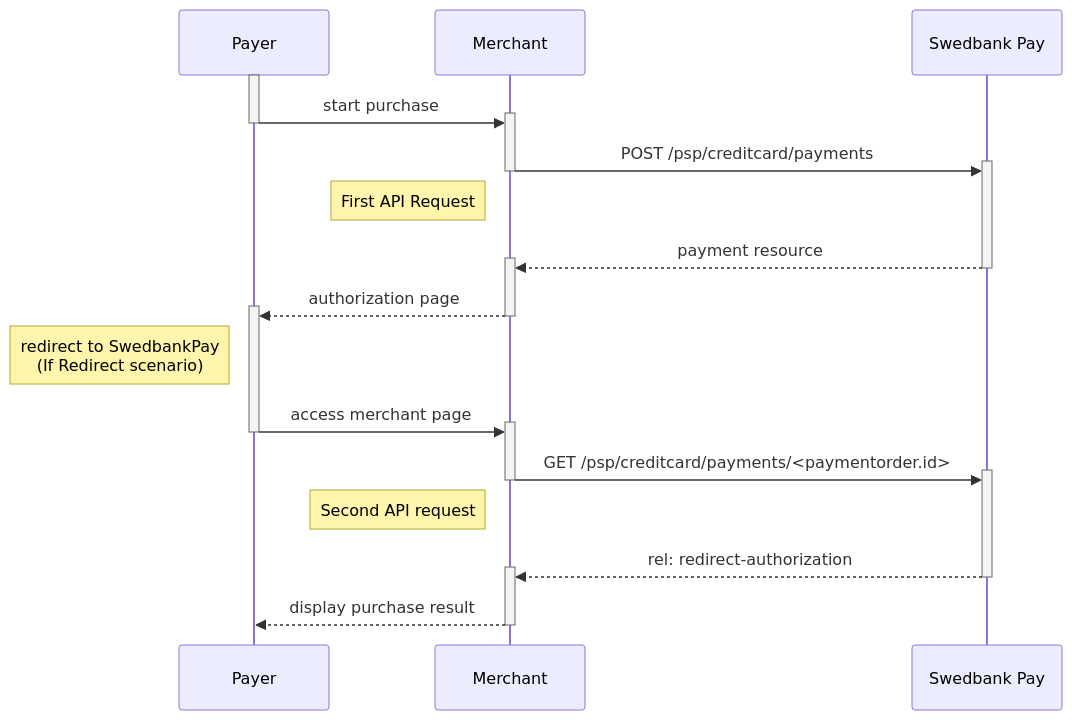
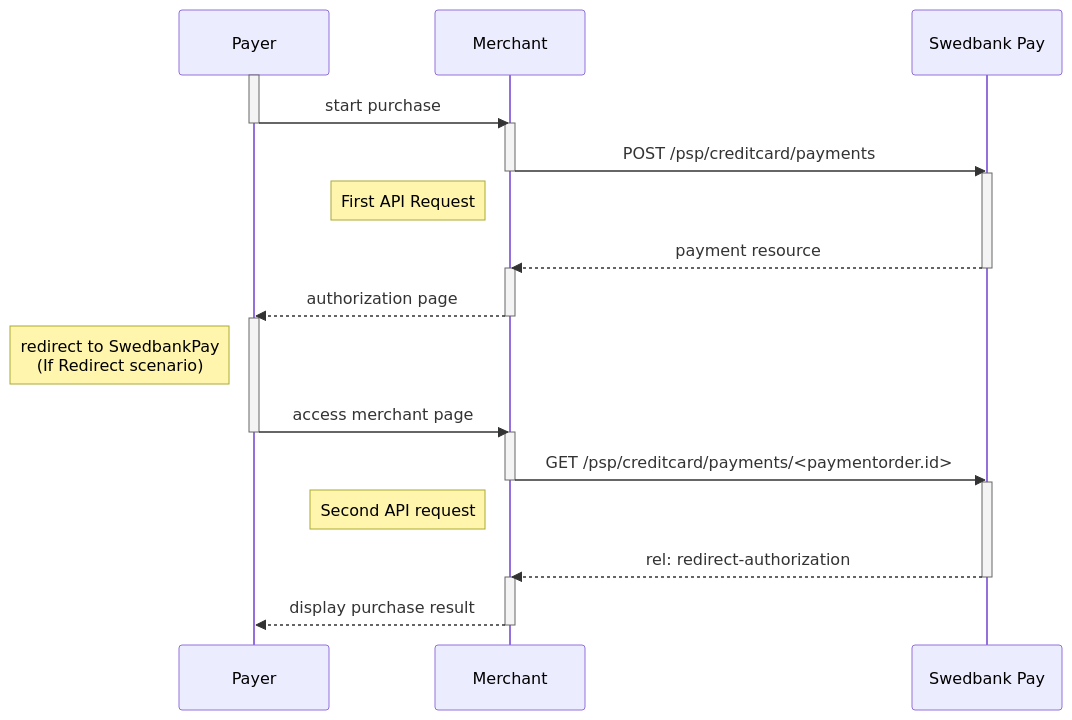
The first of 2 diagrams in payments/card/index.md (SwedbankPay/developer.swedbankpay.com), drawn with Mermaid before and after one commit. The commit also changed other lines of this file, not shown here.

Commit message:
DX-423 Softer card payments intro

````diff
--- a/payments/card/index.md
+++ b/payments/card/index.md
@@ -110,26 +125,27 @@
 ```mermaid
 sequenceDiagram
     participant Payer
     participant Merchant
     participant SwedbankPay as Swedbank Pay
 
     activate Payer
-    Payer->>+Merchant: start purchase
-    deactivate Payer
-    Merchant->>+SwedbankPay: POST /psp/creditcard/payments
-    deactivate Merchant
+    Payer->>-Merchant: start purchase
+    activate Merchant
+    Merchant->>-SwedbankPay: POST /psp/creditcard/payments
+    activate SwedbankPay
     note left of Merchant: First API Request
-    SwedbankPay-->>+Merchant: payment resource
-    deactivate SwedbankPay
-    Merchant-->>+Payer: authorization page
-    deactivate Merchant
+    SwedbankPay-->>-Merchant: payment resource
+    activate Merchant
+    Merchant-->>-Payer: authorization page
+    activate Payer
     note left of Payer: redirect to SwedbankPay<br>(If Redirect scenario)
-    Payer->>+Merchant: access merchant page
-    deactivate Payer
-    Merchant->>+SwedbankPay: GET /psp/creditcard/payments/<paymentorder.id>
-    deactivate Merchant
+    Payer->>-Merchant: access merchant page
+    activate Merchant
+    Merchant->>-SwedbankPay: GET /psp/creditcard/payments/<paymentorder.id>
+    activate SwedbankPay
     note left of Merchant: Second API request
-    SwedbankPay-->>+Merchant: rel: redirect-authorization
-    deactivate SwedbankPay
+    SwedbankPay-->>-Merchant: rel: redirect-authorization
+    activate Merchant
     Merchant-->>-Payer: display purchase result
+    activate Payer
 ```
````
